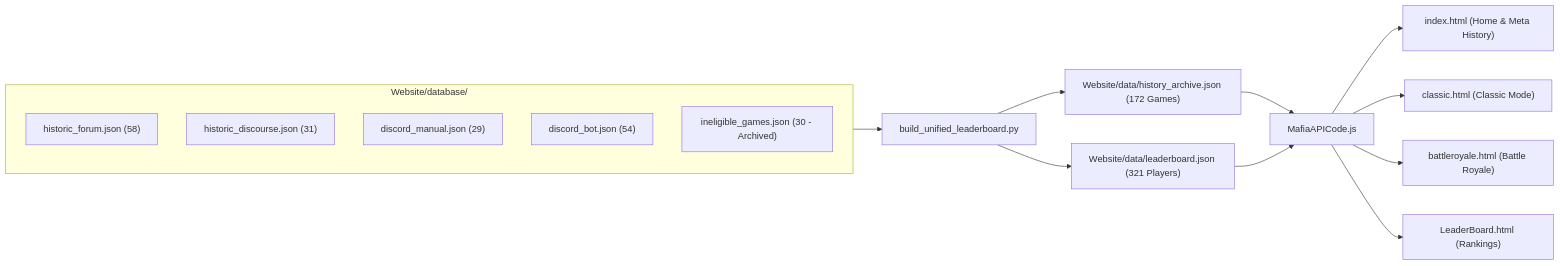
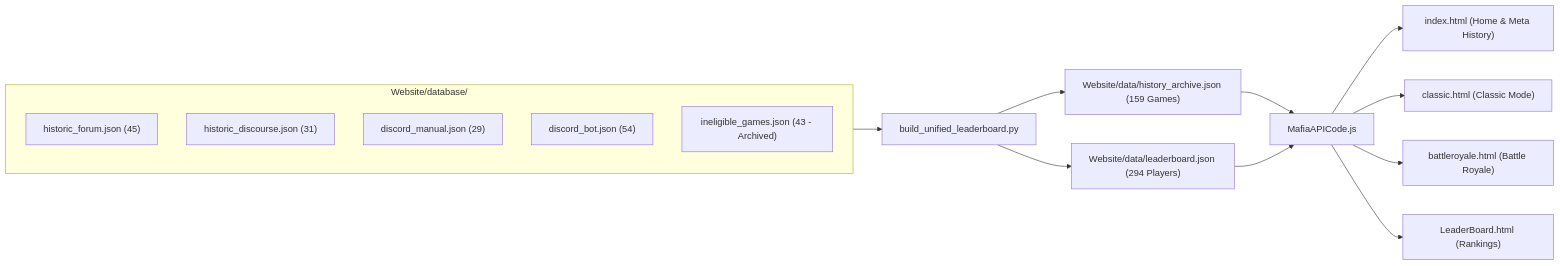
The diagram in Website/Website_Portal_Overview.md (asch053/IC-Mafia-Bot), drawn with Mermaid before and after one commit. The commit also changed other lines of this file and 366 other files, not shown here.

````diff
--- a/Website/Website_Portal_Overview.md
+++ b/Website/Website_Portal_Overview.md
@@ -44,27 +44,27 @@
 ```mermaid
 flowchart LR
     subgraph Databases["Website/database/"]
-        Forum["historic_forum.json (58)"]
+        Forum["historic_forum.json (45)"]
         Discourse["historic_discourse.json (31)"]
         Manual["discord_manual.json (29)"]
         Bot["discord_bot.json (54)"]
-        Ineligible["ineligible_games.json (30 - Archived)"]
+        Ineligible["ineligible_games.json (43 - Archived)"]
     end
 
     Build["build_unified_leaderboard.py"]
-    ArchiveJSON["Website/data/history_archive.json (172 Games)"]
-    LeaderboardJSON["Website/data/leaderboard.json (321 Players)"]
+    ArchiveJSON["Website/data/history_archive.json (159 Games)"]
+    LeaderboardJSON["Website/data/leaderboard.json (294 Players)"]
     JS["MafiaAPICode.js"]
 
     Databases --> Build
     Build --> ArchiveJSON
     Build --> LeaderboardJSON
     
     ArchiveJSON --> JS
     LeaderboardJSON --> JS
     
     JS --> Index["index.html (Home & Meta History)"]
     JS --> Classic["classic.html (Classic Mode)"]
     JS --> BR["battleroyale.html (Battle Royale)"]
     JS --> LB["LeaderBoard.html (Rankings)"]
 ```
````
